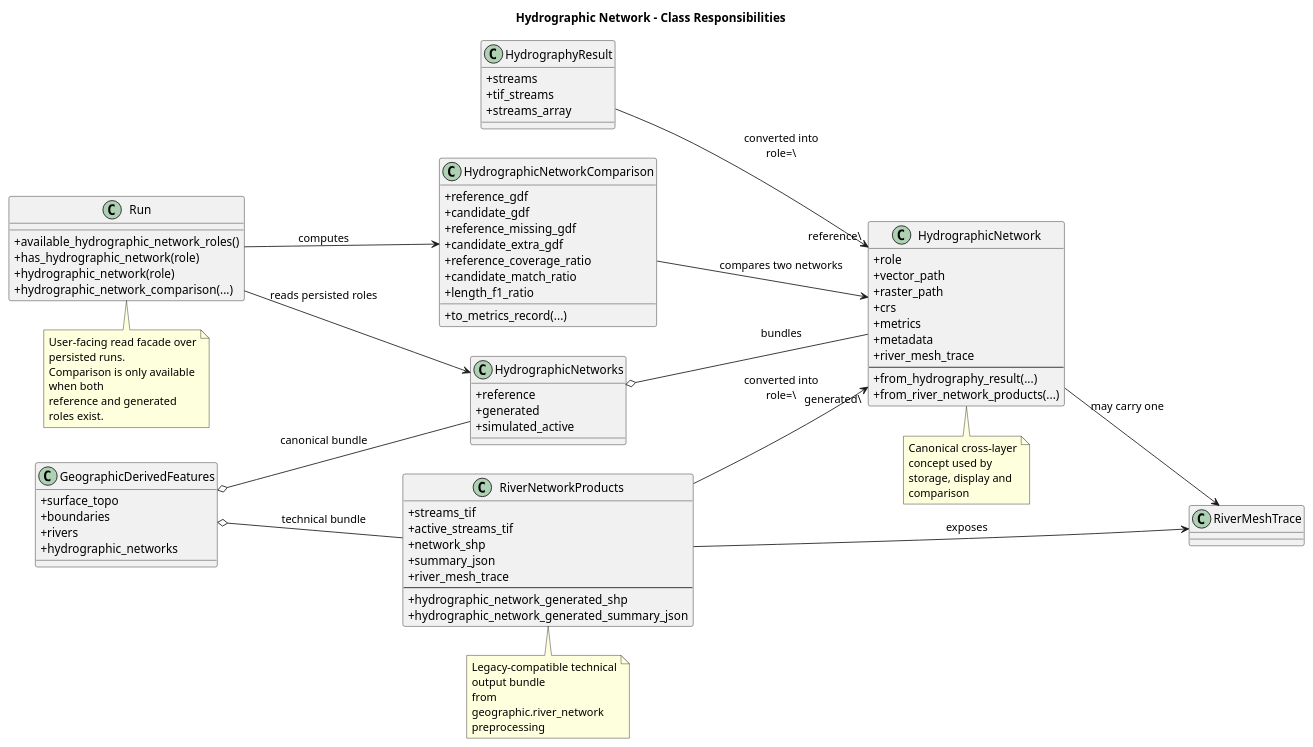
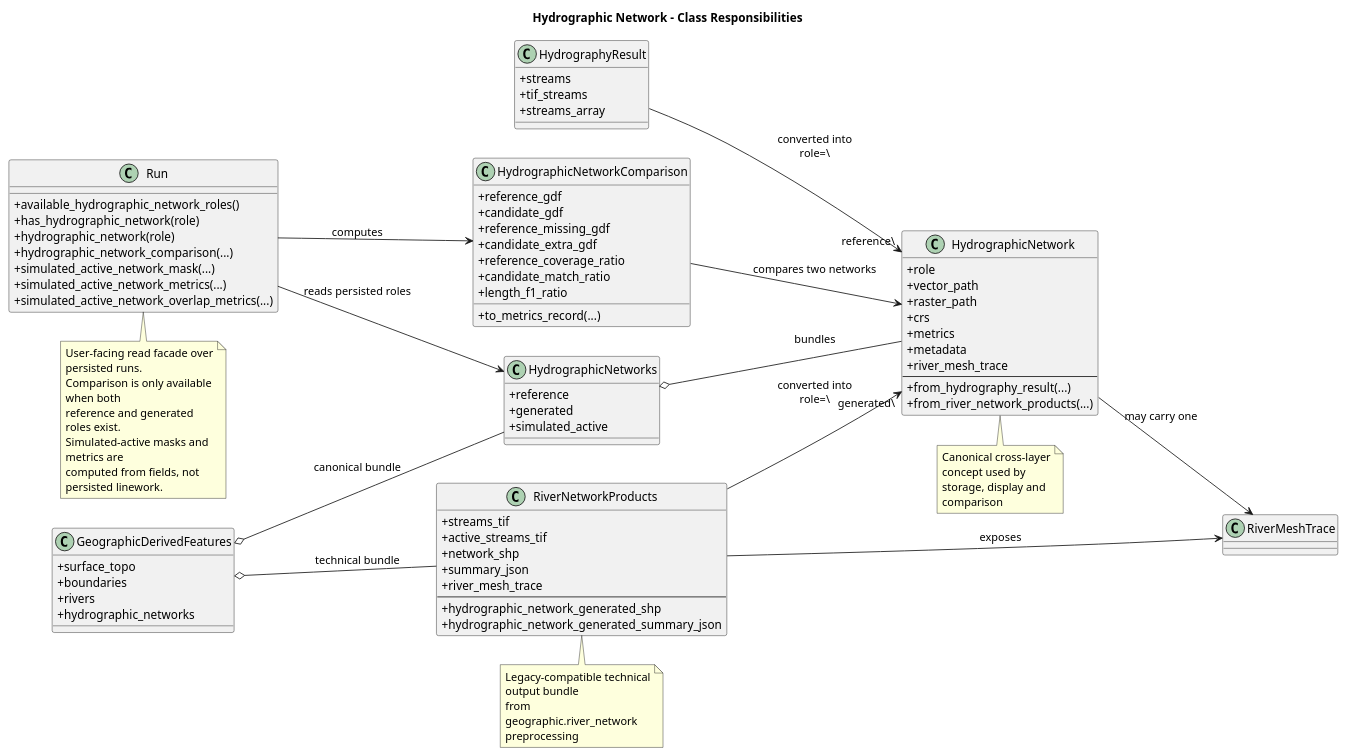
One commit to HydroModPy/HydroModPy changed the diagram in docs/readthedocs/source/architecture/overview/diagrams/hydrographic_network_class_map.wsd. Above: the diagram before and after it, drawn with PlantUML. The commit also changed 334 other files, not shown here.

```diff
--- a/docs/readthedocs/source/architecture/overview/diagrams/hydrographic_network_class_map.wsd
+++ b/docs/readthedocs/source/architecture/overview/diagrams/hydrographic_network_class_map.wsd
@@ -1,96 +1,101 @@
 @startuml
 title Hydrographic Network - Class Responsibilities
 left to right direction
 skinparam classAttributeIconSize 0
 skinparam wrapWidth 180
 
 class HydrographyResult {
   +streams
   +tif_streams
   +streams_array
 }
 
 class RiverNetworkProducts {
   +streams_tif
   +active_streams_tif
   +network_shp
   +summary_json
   +river_mesh_trace
   --
   +hydrographic_network_generated_shp
   +hydrographic_network_generated_summary_json
 }
 
 class RiverMeshTrace
 
 class HydrographicNetwork {
   +role
   +vector_path
   +raster_path
   +crs
   +metrics
   +metadata
   +river_mesh_trace
   --
   +from_hydrography_result(...)
   +from_river_network_products(...)
 }
 
 class HydrographicNetworks {
   +reference
   +generated
   +simulated_active
 }
 
 class HydrographicNetworkComparison {
   +reference_gdf
   +candidate_gdf
   +reference_missing_gdf
   +candidate_extra_gdf
   +reference_coverage_ratio
   +candidate_match_ratio
   +length_f1_ratio
   +to_metrics_record(...)
 }
 
 class GeographicDerivedFeatures {
   +surface_topo
   +boundaries
   +rivers
   +hydrographic_networks
 }
 
 class Run {
   +available_hydrographic_network_roles()
   +has_hydrographic_network(role)
   +hydrographic_network(role)
   +hydrographic_network_comparison(...)
+  +simulated_active_network_mask(...)
+  +simulated_active_network_metrics(...)
+  +simulated_active_network_overlap_metrics(...)
 }
 
 HydrographyResult --> HydrographicNetwork : converted into\nrole=\"reference\"
 RiverNetworkProducts --> HydrographicNetwork : converted into\nrole=\"generated\"
 RiverNetworkProducts --> RiverMeshTrace : exposes
 HydrographicNetwork --> RiverMeshTrace : may carry one
 HydrographicNetworks o-- HydrographicNetwork : bundles
 GeographicDerivedFeatures o-- RiverNetworkProducts : technical bundle
 GeographicDerivedFeatures o-- HydrographicNetworks : canonical bundle
 Run --> HydrographicNetworks : reads persisted roles
 Run --> HydrographicNetworkComparison : computes
 HydrographicNetworkComparison --> HydrographicNetwork : compares two networks
 
 note bottom of RiverNetworkProducts
 Legacy-compatible technical output bundle
 from geographic.river_network preprocessing
 end note
 
 note bottom of HydrographicNetwork
 Canonical cross-layer concept used by
 storage, display and comparison
 end note
 
 note bottom of Run
 User-facing read facade over persisted runs.
 Comparison is only available when both
 reference and generated roles exist.
+Simulated-active masks and metrics are
+computed from fields, not persisted linework.
 end note
 @enduml
```
